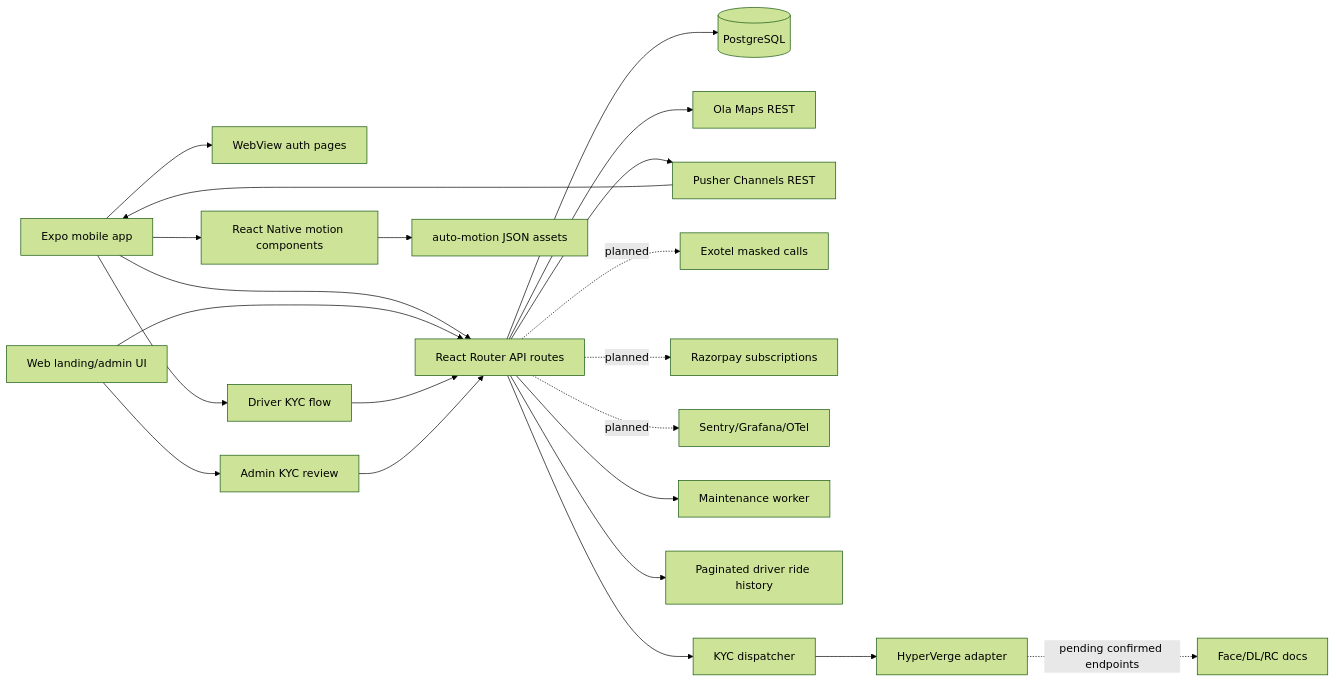
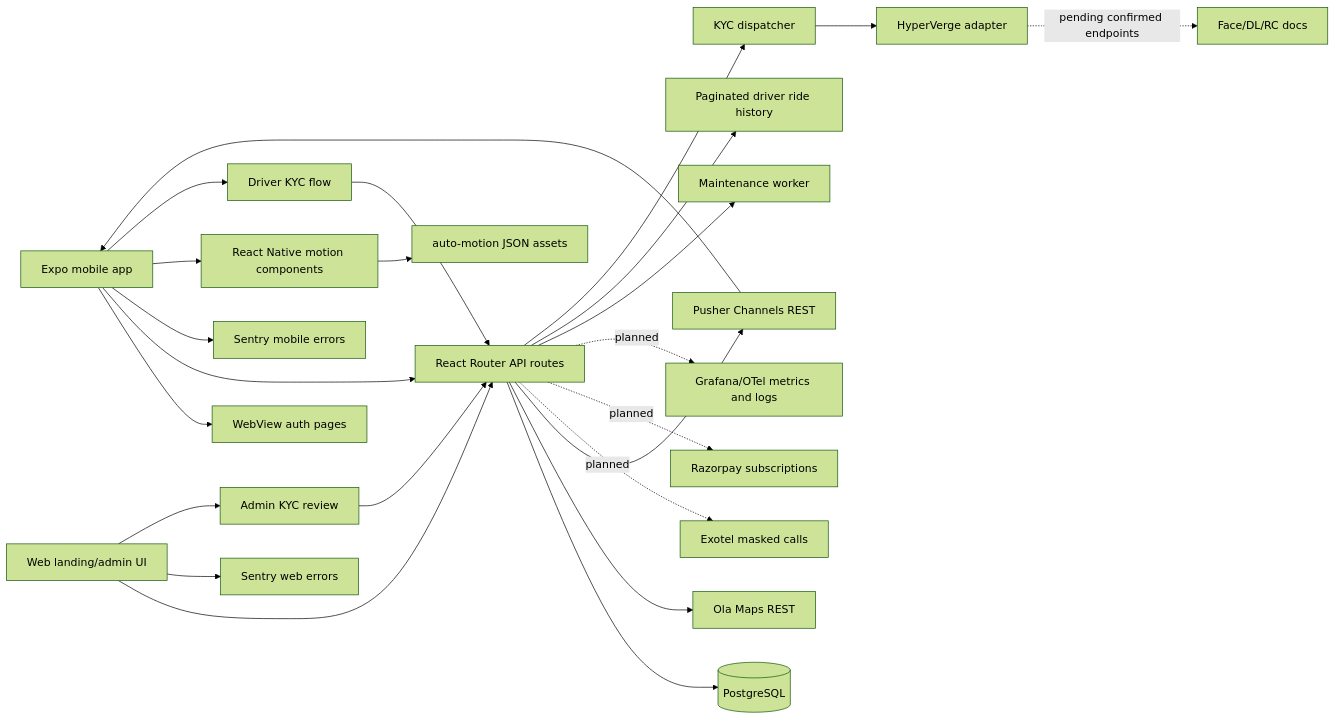
The diagram in README.md (RohitRajMaturu/AutoRiderApp), drawn with Mermaid (forest theme) before and after one commit. The commit also changed other lines of this file and 18 other files, not shown here.

````diff
--- a/README.md
+++ b/README.md
@@ -389,24 +412,26 @@
 ```mermaid
 flowchart LR
   Mobile[Expo mobile app] --> AuthWeb[WebView auth pages]
   Mobile --> Api[React Router API routes]
   WebLanding[Web landing/admin UI] --> Api
   Api --> Postgres[(PostgreSQL)]
   Api --> Ola[Ola Maps REST]
   Api --> Pusher[Pusher Channels REST]
   Pusher --> Mobile
   Api -. planned .-> Exotel[Exotel masked calls]
   Api -. planned .-> Razorpay[Razorpay subscriptions]
-  Api -. planned .-> Observability[Sentry/Grafana/OTel]
+  WebLanding --> SentryWeb[Sentry web errors]
+  Mobile --> SentryMobile[Sentry mobile errors]
+  Api -. planned .-> Metrics[Grafana/OTel metrics and logs]
   Api --> Maintenance[Maintenance worker]
   Api --> DriverHistory[Paginated driver ride history]
   Mobile --> Motion[React Native motion components]
   Motion --> MotionAssets[auto-motion JSON assets]
   Mobile --> DriverKyc[Driver KYC flow]
   DriverKyc --> Api
   WebLanding --> AdminKyc[Admin KYC review]
   AdminKyc --> Api
   Api --> KycDispatcher[KYC dispatcher]
   KycDispatcher --> HyperVerge[HyperVerge adapter]
   HyperVerge -. pending confirmed endpoints .-> HyperVergeDocs[Face/DL/RC docs]
 ```
````
